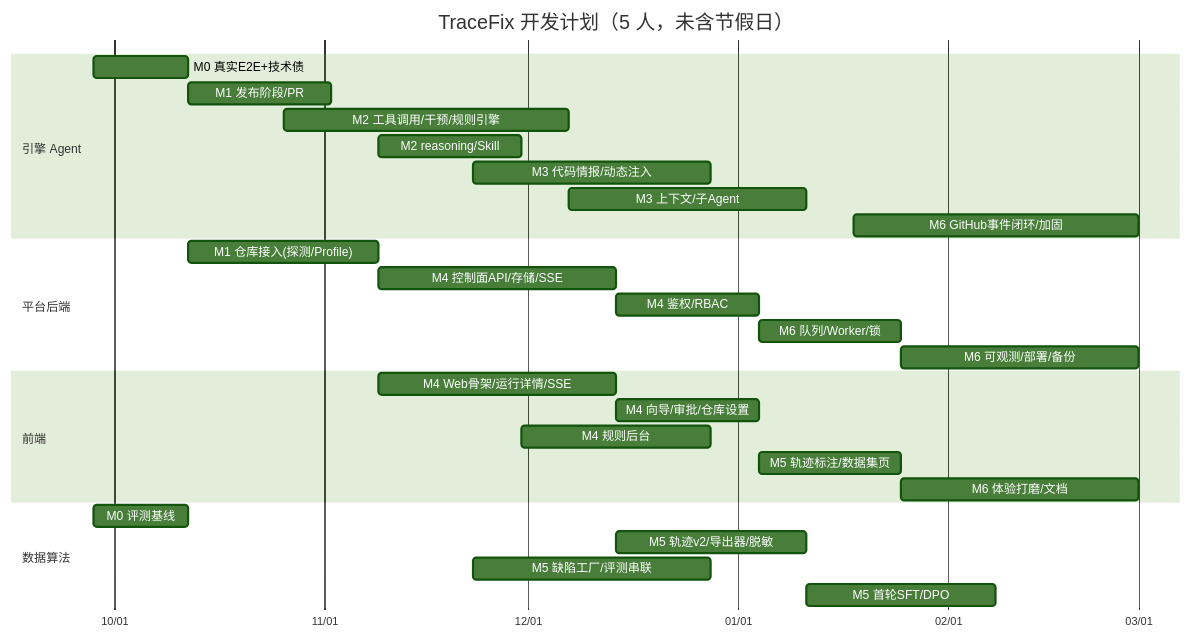
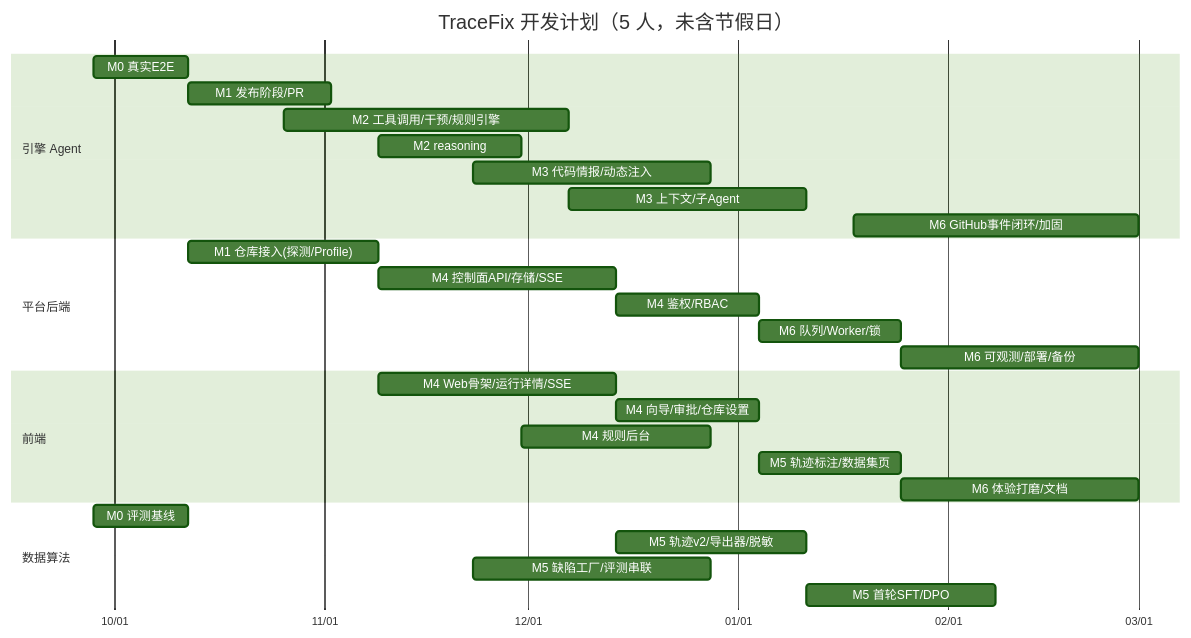
Before and after one commit to BUPTtsy/TraceFix-Agent: the diagram in docs/产品说明手册/10-开发计划/开发计划与里程碑.md, drawn with Mermaid (forest theme). The commit also changed other lines of this file and 4 other files, not shown here.

````diff
--- a/docs/产品说明手册/10-开发计划/开发计划与里程碑.md
+++ b/docs/产品说明手册/10-开发计划/开发计划与里程碑.md
@@ -32,31 +32,31 @@
 ```mermaid
 gantt
   title TraceFix 开发计划（5 人，未含节假日）
   dateFormat YYYY-MM-DD
   axisFormat %m/%d
   section 引擎 Agent
-  M0 真实E2E+技术债         :m0, 2026-09-28, 14d
+  M0 真实E2E                :m0, 2026-09-28, 14d
   M1 发布阶段/PR            :m1, after m0, 21d
   M2 工具调用/干预/规则引擎  :m2, 2026-10-26, 42d
-  M2 reasoning/Skill        :m2b, 2026-11-09, 21d
+  M2 reasoning              :m2b, 2026-11-09, 21d
   M3 代码情报/动态注入       :m3, 2026-11-23, 35d
   M3 上下文/子Agent          :m3b, 2026-12-07, 35d
   M6 GitHub事件闭环/加固     :m6a, 2027-01-18, 42d
   section 平台后端
   M1 仓库接入(探测/Profile)  :p1, 2026-10-12, 28d
   M4 控制面API/存储/SSE      :p2, 2026-11-09, 35d
   M4 鉴权/RBAC              :p3, 2026-12-14, 21d
   M6 队列/Worker/锁          :p4, 2027-01-04, 21d
   M6 可观测/部署/备份        :p5, 2027-01-25, 35d
   section 前端
   M4 Web骨架/运行详情/SSE    :f1, 2026-11-09, 35d
   M4 向导/审批/仓库设置       :f2, 2026-12-14, 21d
   M4 规则后台               :f3, 2026-11-30, 28d
   M5 轨迹标注/数据集页        :f4, 2027-01-04, 21d
   M6 体验打磨/文档            :f5, 2027-01-25, 35d
   section 数据算法
   M0 评测基线               :d0, 2026-09-28, 14d
   M5 轨迹v2/导出器/脱敏      :d1, 2026-12-14, 28d
   M5 缺陷工厂/评测串联        :d2, 2026-11-23, 35d
   M5 首轮SFT/DPO            :d3, 2027-01-11, 28d
 ```
````
